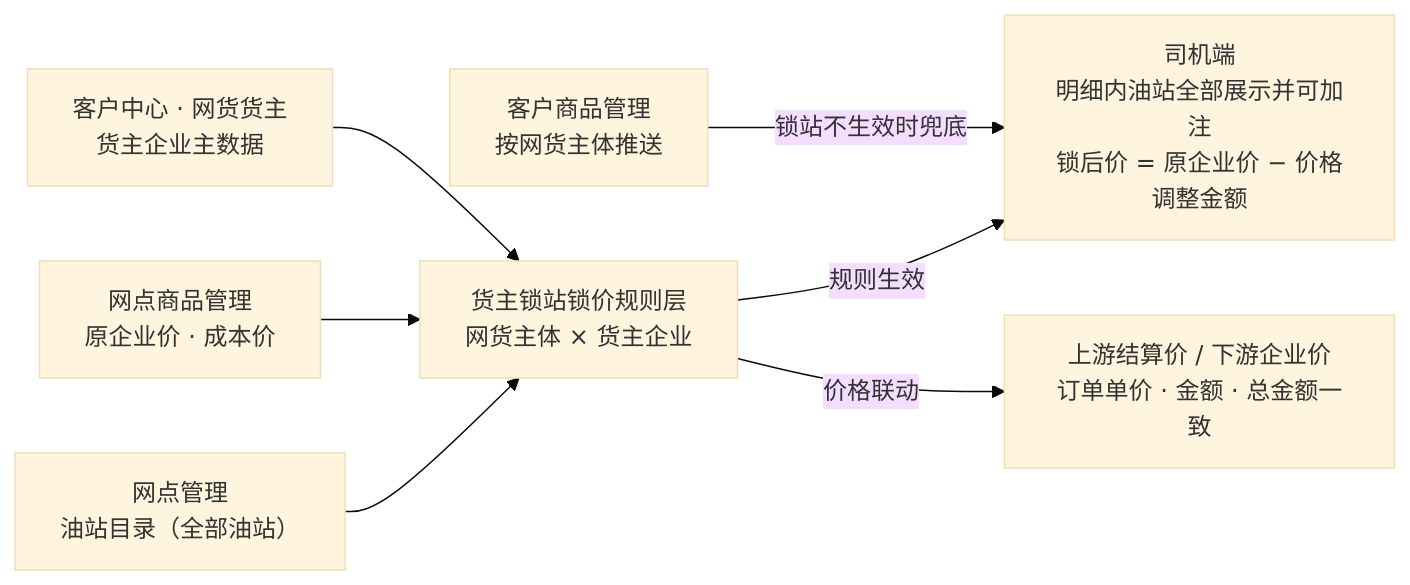
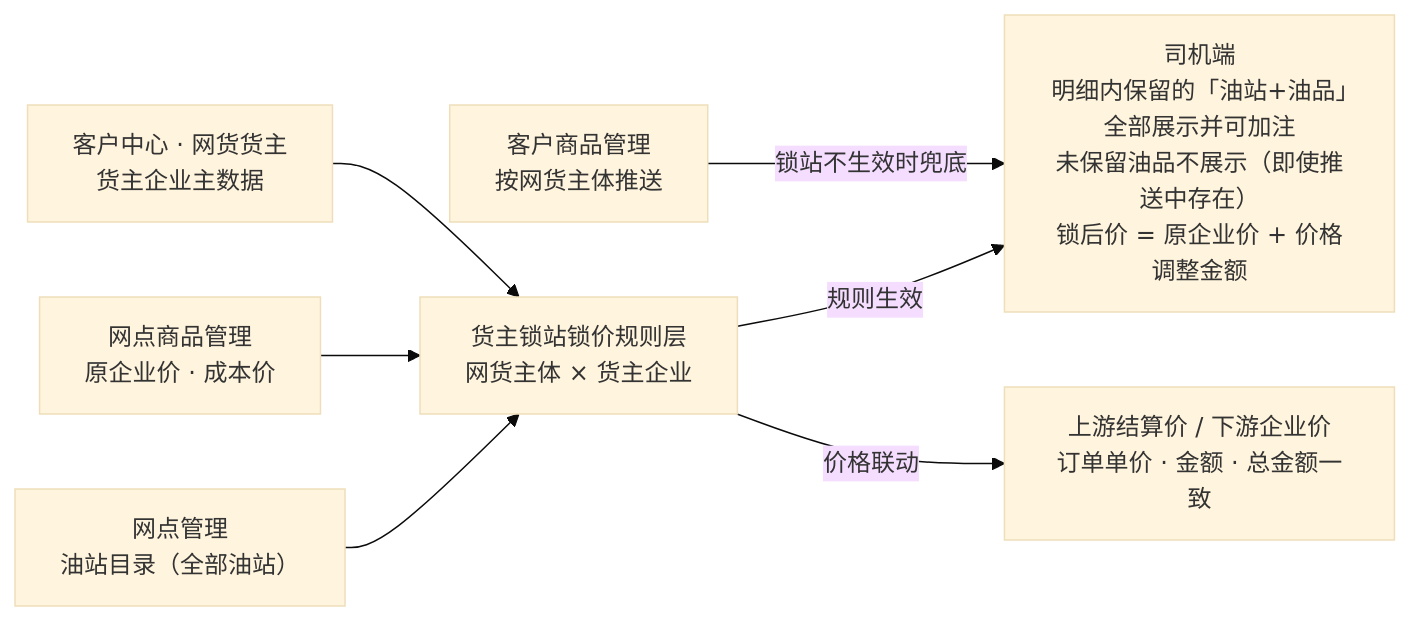
One commit to Zsmboom/matching-order-prototype changed the diagram in _wb_arch.mmd. Above: the diagram before and after it, drawn with Mermaid (base theme). The commit also changed 17 other files, not shown here.

```diff
--- a/_wb_arch.mmd
+++ b/_wb_arch.mmd
@@ -1,7 +1,7 @@
 flowchart LR
   A["网点管理<br/>油站目录（全部油站）"] --> R["货主锁站锁价规则层<br/>网货主体 × 货主企业"]
   B["网点商品管理<br/>原企业价 · 成本价"] --> R
   C["客户中心 · 网货货主<br/>货主企业主数据"] --> R
-  R -->|规则生效| D["司机端<br/>明细内油站全部展示并可加注<br/>锁后价 = 原企业价 − 价格调整金额"]
+  R -->|规则生效| D["司机端<br/>明细内保留的「油站+油品」全部展示并可加注<br/>未保留油品不展示（即使推送中存在）<br/>锁后价 = 原企业价 + 价格调整金额"]
   R -->|价格联动| E["上游结算价 / 下游企业价<br/>订单单价 · 金额 · 总金额一致"]
   P["客户商品管理<br/>按网货主体推送"] -->|锁站不生效时兜底| D
```
